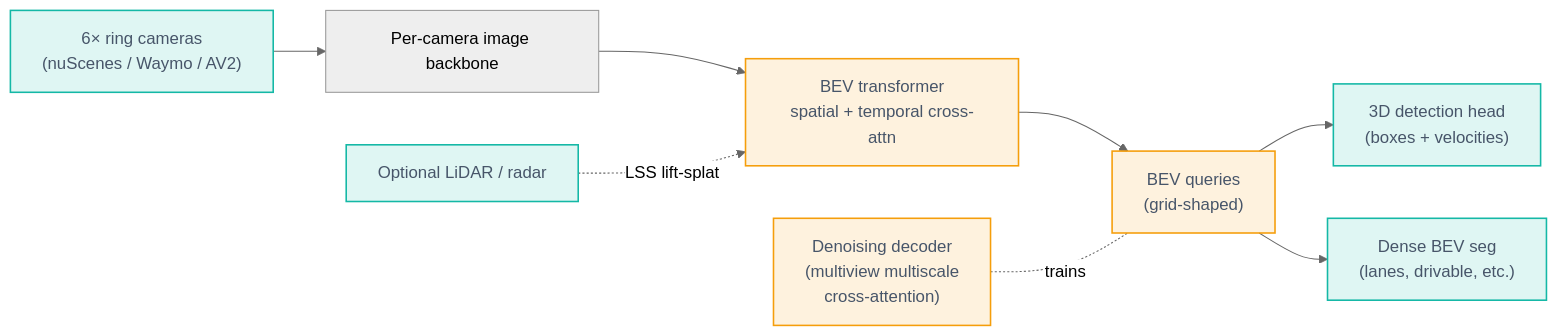
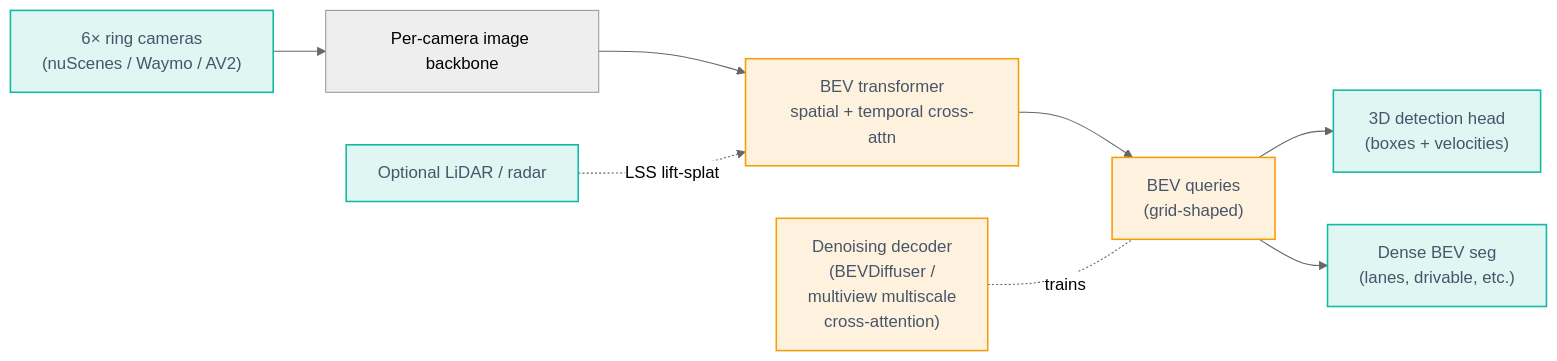
One commit to voyarchie/cv-updates changed the sixth of 7 diagrams in 2026-Apr-30/2026-Apr-30_CV_updates.md. Above: the diagram before and after it, drawn with Mermaid (neutral theme). The commit also changed other lines of this file and 2 other files, not shown here.

````diff
--- a/2026-Apr-30/2026-Apr-30_CV_updates.md
+++ b/2026-Apr-30/2026-Apr-30_CV_updates.md
@@ -107,18 +231,18 @@
 ```mermaid
 flowchart LR
     Cams["6× ring cameras<br/>(nuScenes / Waymo / AV2)"] --> ImgBB["Per-camera image backbone"]
     ImgBB --> BEV["BEV transformer<br/>spatial + temporal cross-attn"]
     BEV --> Q["BEV queries<br/>(grid-shaped)"]
     Q --> DET["3D detection head<br/>(boxes + velocities)"]
     Q --> SEG["Dense BEV seg<br/>(lanes, drivable, etc.)"]
 
     LiDAR["Optional LiDAR / radar"] -.LSS lift-splat.-> BEV
 
-    DEN["Denoising decoder<br/>(multiview multiscale<br/>cross-attention)"] -. trains .- Q
+    DEN["Denoising decoder<br/>(BEVDiffuser /<br/>multiview multiscale<br/>cross-attention)"] -. trains .- Q
 
     classDef gold fill:#f59e0b22,stroke:#f59e0b,stroke-width:1.5px,color:#475569;
     classDef teal fill:#14b8a622,stroke:#14b8a6,stroke-width:1.5px,color:#475569;
     class Cams,LiDAR teal
     class BEV,Q,DEN gold
     class DET,SEG teal
 ```
````
